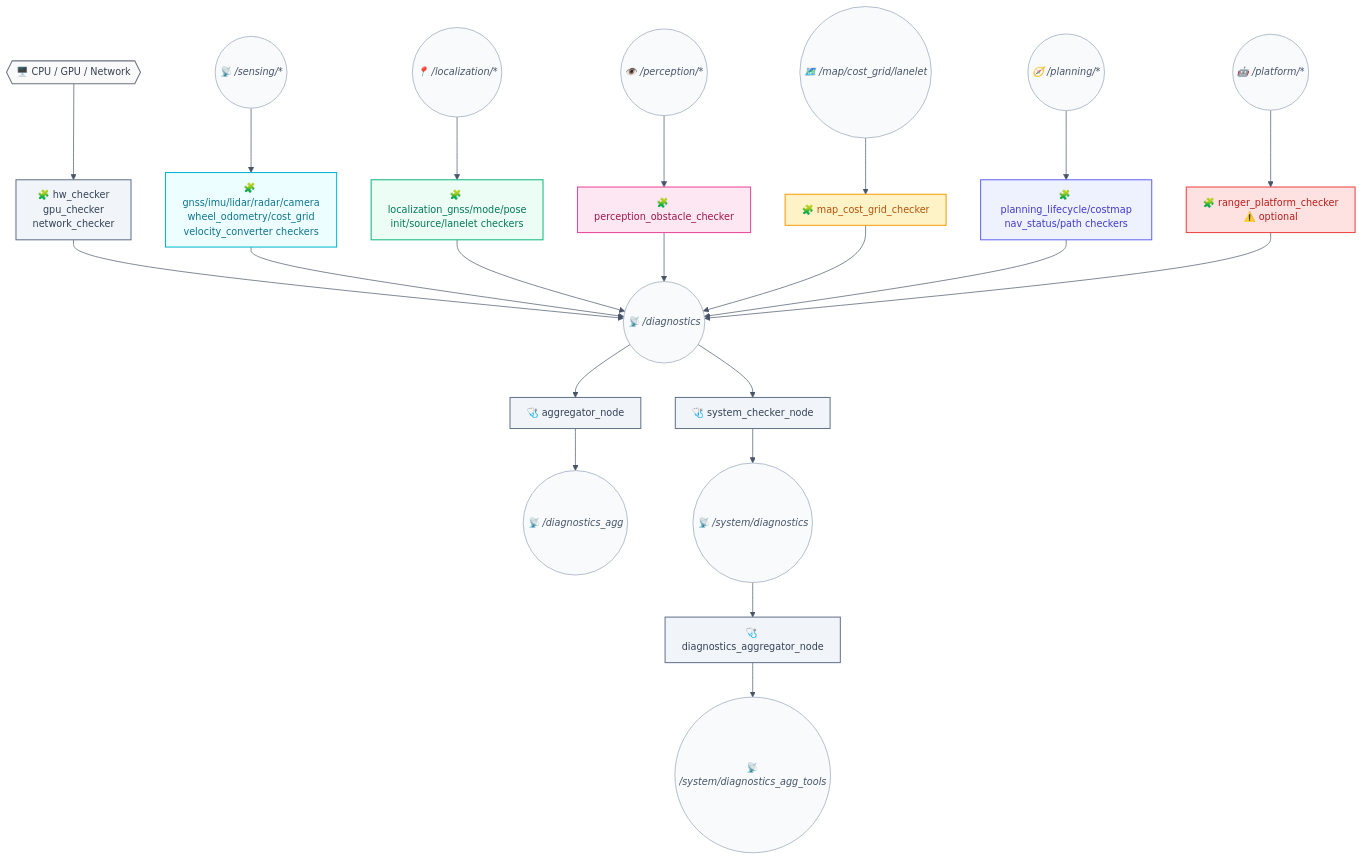
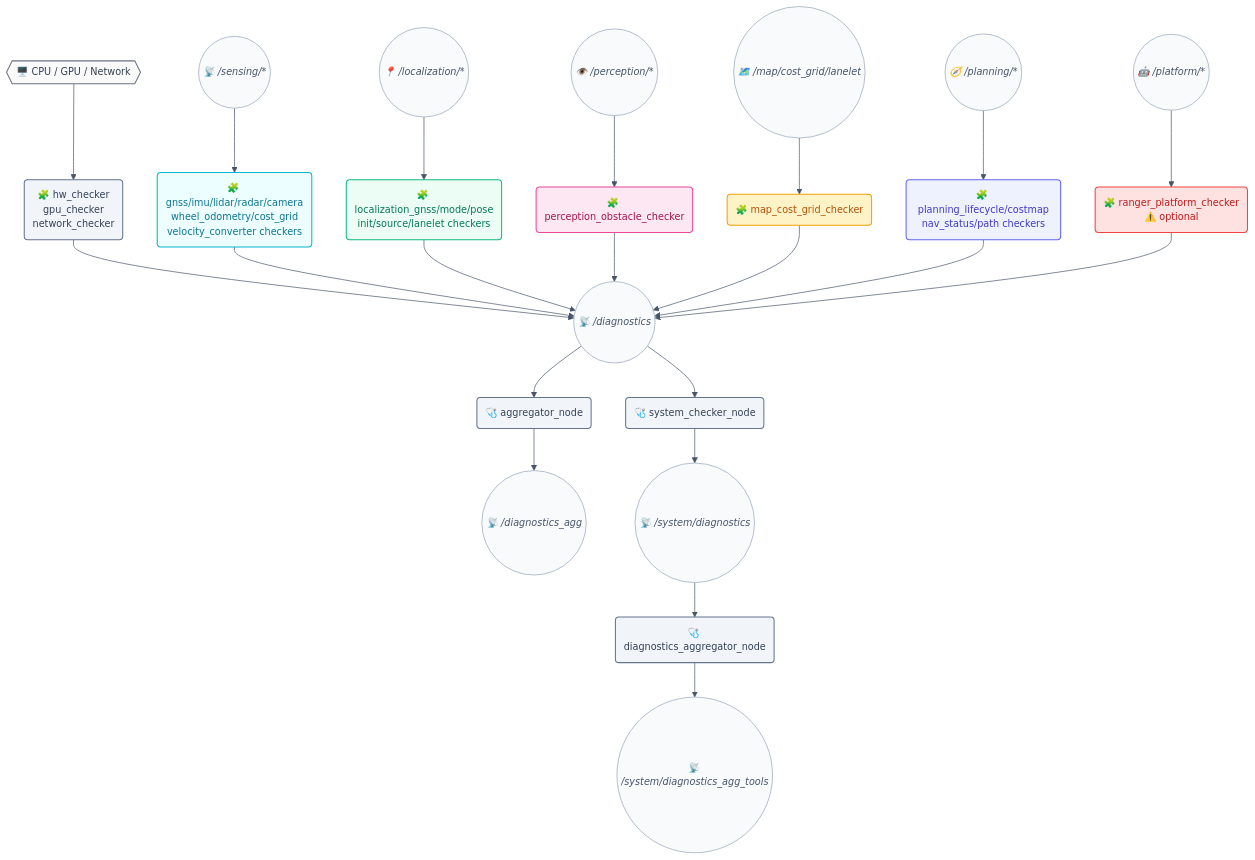
The second of 4 diagrams in camrod_system/README.md (hwanhonglee/CAMROD), drawn with Mermaid before and after one commit. The commit also changed other lines of this file and 12 other files, not shown here.

First line of the commit message:
docs(v4): unified Mermaid shape convention + runtime data flow diagram

````diff
--- a/camrod_system/README.md
+++ b/camrod_system/README.md
@@ -76,31 +76,31 @@
 ```mermaid
 %%{init: {'theme': 'base', 'themeVariables': {'fontFamily': 'ui-sans-serif, system-ui, sans-serif', 'fontSize': '14px', 'primaryColor': '#F1F5F9', 'primaryTextColor': '#0F172A', 'primaryBorderColor': '#64748B', 'lineColor': '#475569'}, 'flowchart': {'curve': 'basis', 'htmlLabels': true, 'padding': 12}}}%%
 graph TD
-  HW{{🖥️ CPU / GPU / Network}}:::hardware --> HWCHK[🧩 hw_checker\ngpu_checker\nnetwork_checker]:::system
-  SENS((📡 /sensing/*)):::topic --> SENSCHK[🧩 gnss/imu/lidar/radar/camera\nwheel_odometry/cost_grid\nvelocity_converter checkers]:::sensing
-  LOC((📍 /localization/*)):::topic --> LOCCHK[🧩 localization_gnss/mode/pose\ninit/source/lanelet checkers]:::localization
-  PER((👁️ /perception/*)):::topic --> PERCHK[🧩 perception_obstacle_checker]:::perception
-  MAP((🗺️ /map/cost_grid/lanelet)):::topic --> MAPCHK[🧩 map_cost_grid_checker]:::mapping
-  PLAN((🧭 /planning/*)):::topic --> PLANCHK[🧩 planning_lifecycle/costmap\nnav_status/path checkers]:::planning
-  PLAT((🤖 /platform/*)):::topic --> PLATOP[🧩 ranger_platform_checker\n⚠️ optional]:::platform
+  HW{{🖥️ CPU / GPU / Network}}:::hardware --> HWCHK(🧩 hw_checker\ngpu_checker\nnetwork_checker):::system
+  SENS((📡 /sensing/*)):::topic --> SENSCHK(🧩 gnss/imu/lidar/radar/camera\nwheel_odometry/cost_grid\nvelocity_converter checkers):::sensing
+  LOC((📍 /localization/*)):::topic --> LOCCHK(🧩 localization_gnss/mode/pose\ninit/source/lanelet checkers):::localization
+  PER((👁️ /perception/*)):::topic --> PERCHK(🧩 perception_obstacle_checker):::perception
+  MAP((🗺️ /map/cost_grid/lanelet)):::topic --> MAPCHK(🧩 map_cost_grid_checker):::mapping
+  PLAN((🧭 /planning/*)):::topic --> PLANCHK(🧩 planning_lifecycle/costmap\nnav_status/path checkers):::planning
+  PLAT((🤖 /platform/*)):::topic --> PLATOP(🧩 ranger_platform_checker\n⚠️ optional):::platform
 
   HWCHK & SENSCHK & LOCCHK & PERCHK & MAPCHK & PLANCHK & PLATOP --> DIAG((📡 /diagnostics)):::topic
 
-  DIAG --> AGG[🩺 aggregator_node]:::system
+  DIAG --> AGG(🩺 aggregator_node):::system
   AGG --> DIAGAGG((📡 /diagnostics_agg)):::topic
 
-  DIAG --> SYSCHK[🩺 system_checker_node]:::system
+  DIAG --> SYSCHK(🩺 system_checker_node):::system
   SYSCHK --> SYSDIAG((📡 /system/diagnostics)):::topic
-  SYSDIAG --> SYSAGG[🩺 diagnostics_aggregator_node]:::system
+  SYSDIAG --> SYSAGG(🩺 diagnostics_aggregator_node):::system
   SYSAGG --> TOOLS((📡 /system/diagnostics_agg_tools)):::topic
 
   classDef sensing      fill:#ECFEFF,stroke:#06B6D4,stroke-width:1.5px,color:#0E7490;
   classDef localization fill:#ECFDF5,stroke:#10B981,stroke-width:1.5px,color:#047857;
   classDef mapping      fill:#FEF3C7,stroke:#F59E0B,stroke-width:1.5px,color:#B45309;
   classDef perception   fill:#FCE7F3,stroke:#EC4899,stroke-width:1.5px,color:#9D174D;
   classDef planning     fill:#EEF2FF,stroke:#6366F1,stroke-width:1.5px,color:#4338CA;
   classDef platform     fill:#FEE2E2,stroke:#EF4444,stroke-width:1.5px,color:#B91C1C;
   classDef system       fill:#F1F5F9,stroke:#64748B,stroke-width:1.5px,color:#334155;
   classDef hardware     fill:#FAFAFA,stroke:#6B7280,stroke-width:1.5px,color:#374151;
   classDef topic        fill:#F8FAFC,stroke:#94A3B8,stroke-width:1px,color:#475569,font-style:italic;
 ```
````
